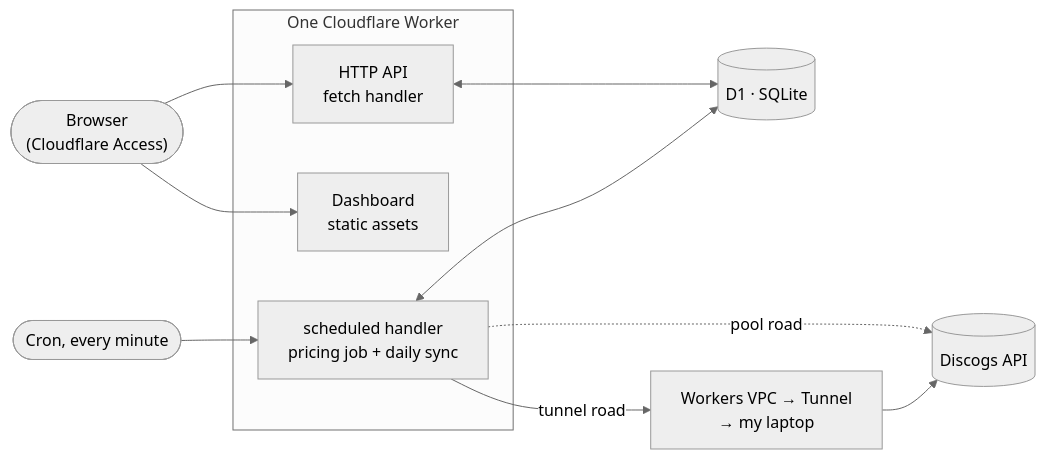
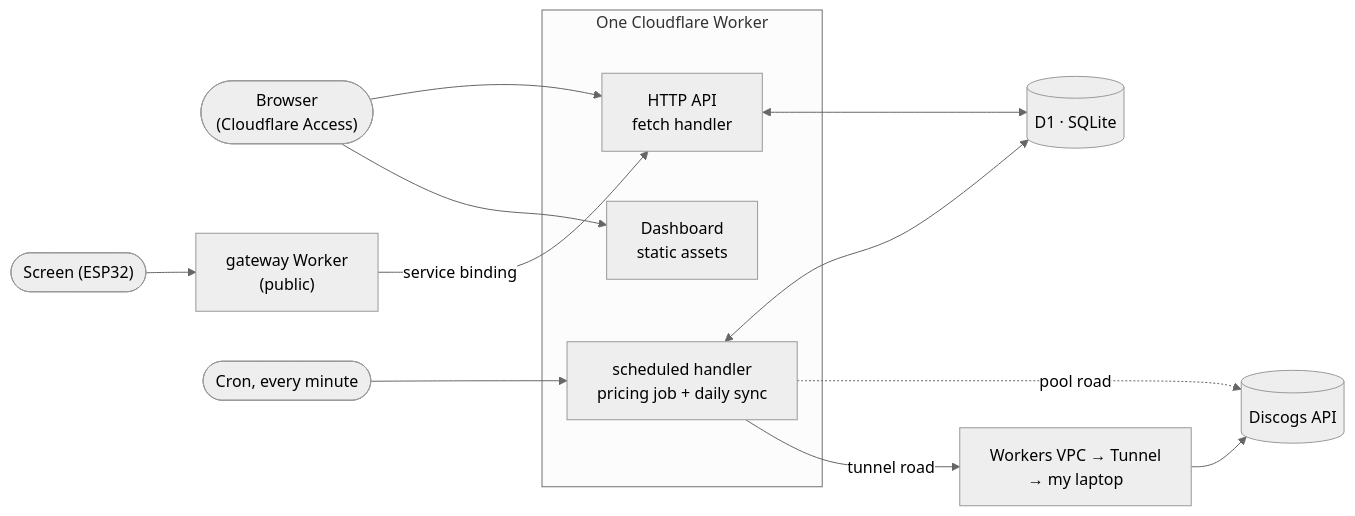
One commit to JakubMini/vinyl-value-vault changed the diagram in README.md. Above: the diagram before and after it, drawn with Mermaid (neutral theme). The commit also changed other lines of this file and 9 other files, not shown here.

````diff
--- a/README.md
+++ b/README.md
@@ -73,14 +73,15 @@
 ```mermaid
 flowchart LR
   browser(["Browser<br/>(Cloudflare Access)"]) --> assets & api
+  screen(["Screen (ESP32)"]) --> gateway["gateway Worker<br/>(public)"] -->|service binding| api
   cron([Cron, every minute]) --> job
   subgraph worker["One Cloudflare Worker"]
     assets["Dashboard<br/>static assets"]
     api["HTTP API<br/>fetch handler"]
     job["scheduled handler<br/>pricing job + daily sync"]
   end
   job -->|tunnel road| tunnel["Workers VPC → Tunnel<br/>→ my laptop"] --> discogs[("Discogs API")]
   job -.->|pool road| discogs
   job <--> d1[("D1 · SQLite")]
   api <--> d1
 ```
````
